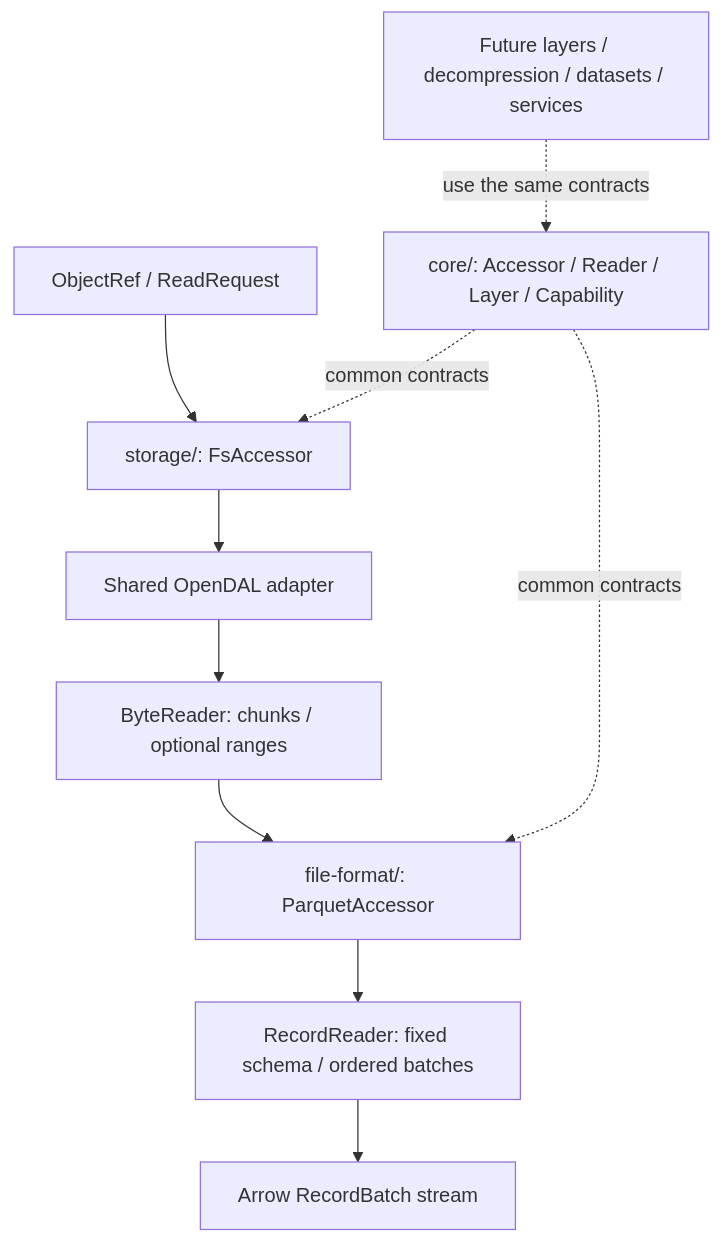
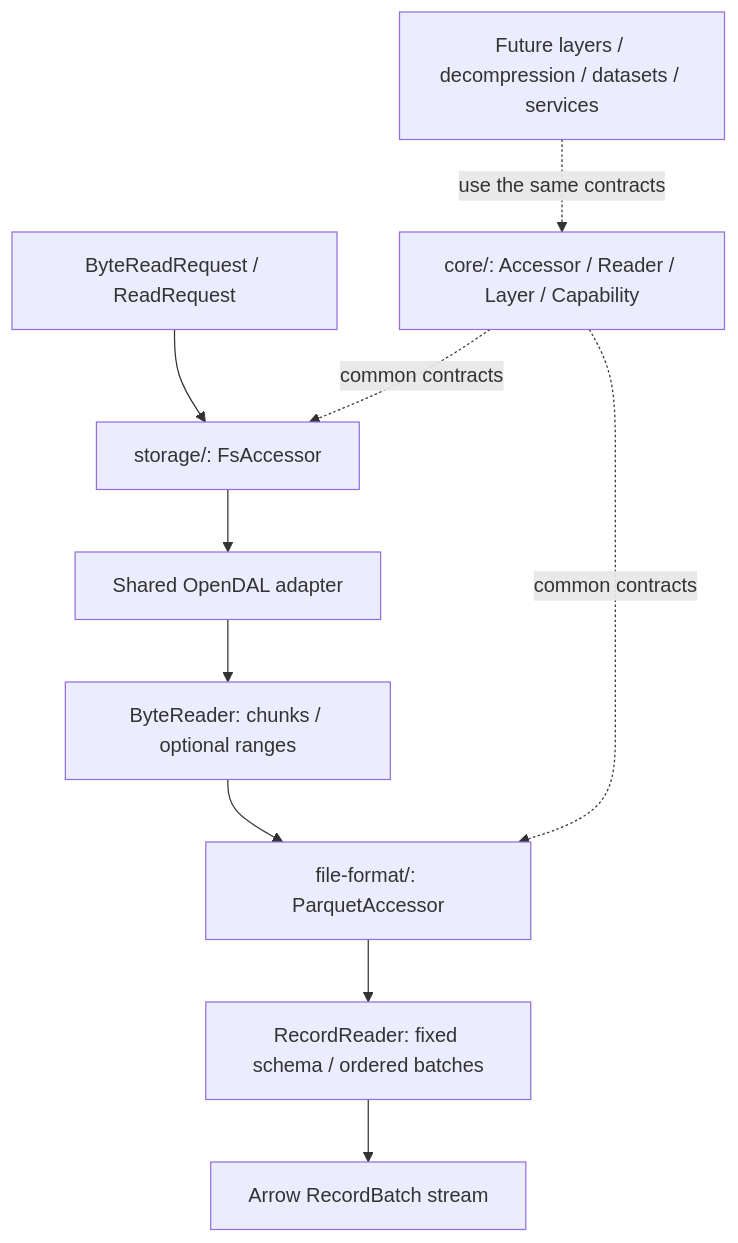
The diagram in docs/architecture.md (dentiny/open-arrow-access), drawn with Mermaid before and after one commit. The commit also changed other lines of this file and 16 other files, not shown here.

````diff
--- a/docs/architecture.md
+++ b/docs/architecture.md
@@ -7,12 +7,12 @@
 ```mermaid
 flowchart TD
-    Request[ObjectRef / ReadRequest] --> Storage[storage/: FsAccessor]
+    Request[ByteReadRequest / ReadRequest] --> Storage[storage/: FsAccessor]
     Storage --> OpenDAL[Shared OpenDAL adapter]
     OpenDAL --> Bytes[ByteReader: chunks / optional ranges]
     Bytes --> Format[file-format/: ParquetAccessor]
     Format --> Records[RecordReader: fixed schema / ordered batches]
     Records --> Stream[Arrow RecordBatch stream]
     Core[core/: Accessor / Reader / Layer / Capability] -. common contracts .-> Storage
     Core -. common contracts .-> Format
     Future[Future layers / decompression / datasets / services] -. use the same contracts .-> Core
 ```
````
